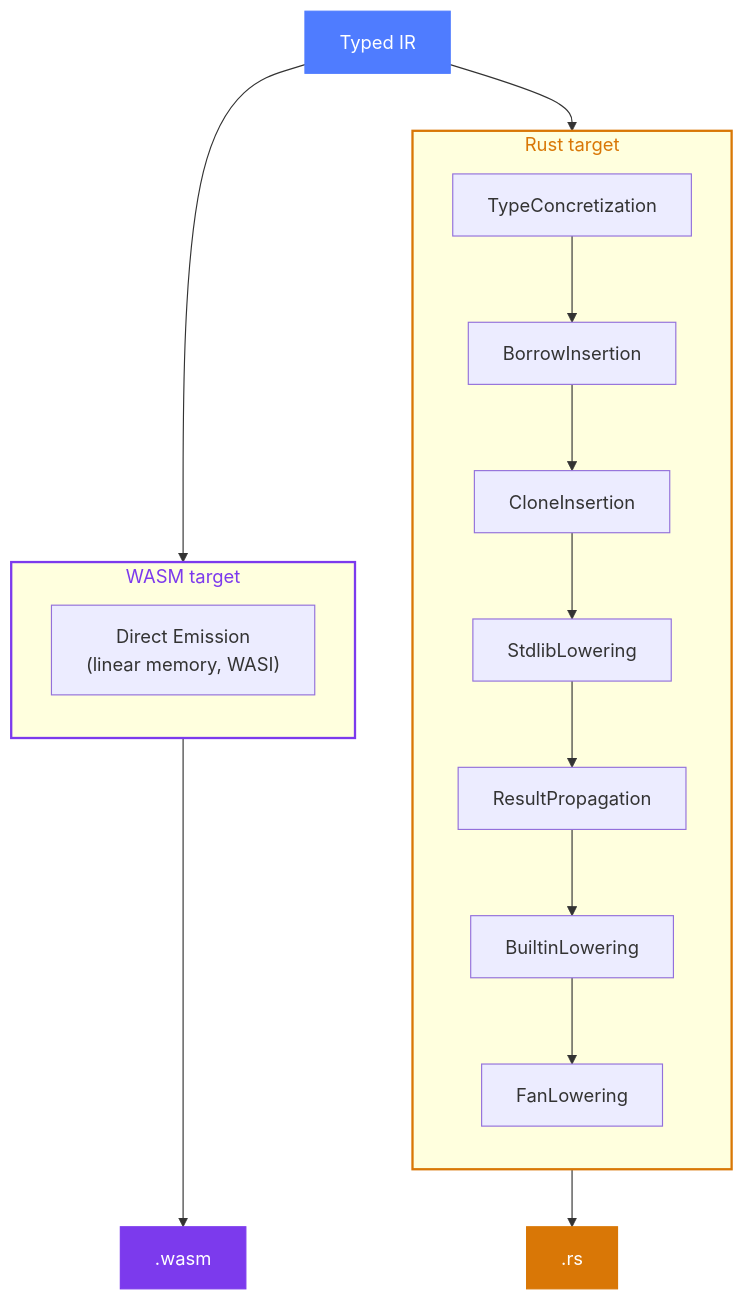
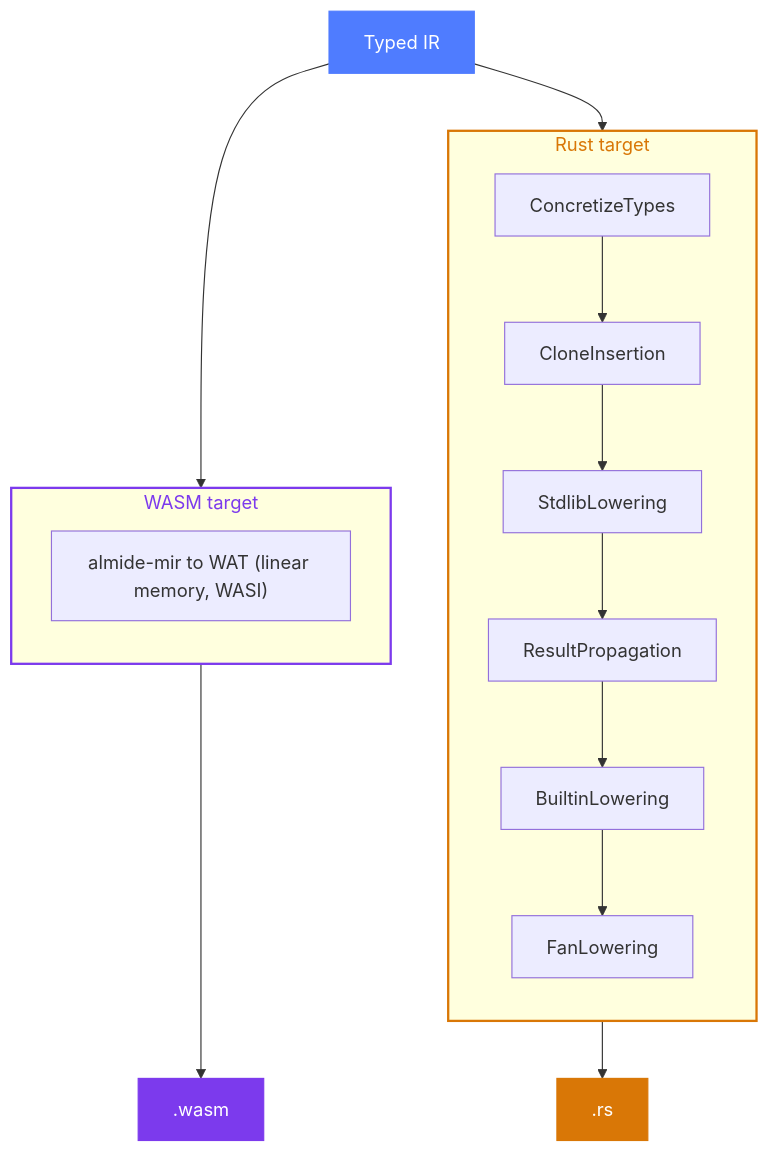
One commit to almide/docs changed the third of 3 diagrams in src/content/docs/design/architecture.mdx. Above: the diagram before and after it, drawn with Mermaid. The commit also changed other lines of this file and 2 other files, not shown here.

Commit message:
mermaid図をブラウザ自動翻訳から保護し、architecture を現状に更新(almide-mir、emit_wasm削除、行数/クレート数/パス数/診断数)

````diff
--- a/src/content/docs/design/architecture.mdx
+++ b/src/content/docs/design/architecture.mdx
@@ -87,30 +86,29 @@
 ```mermaid
 flowchart TD
   IR["Typed IR"]
 
   IR --> TC & WE
 
   subgraph Rust["Rust target"]
     direction TB
-    TC["TypeConcretization"] --> BI["BorrowInsertion"]
-    BI --> CI["CloneInsertion"]
+    TC["ConcretizeTypes"] --> CI["CloneInsertion"]
     CI --> SL["StdlibLowering"]
     SL --> RP["ResultPropagation"]
     RP --> BL["BuiltinLowering"]
     BL --> FL1["FanLowering"]
   end
 
   subgraph WASM["WASM target"]
     direction TB
-    WE["Direct Emission\n(linear memory, WASI)"]
+    WE["almide-mir to WAT (linear memory, WASI)"]
   end
 
   FL1 --> RS[".rs"]
   WE --> WO[".wasm"]
 
   style IR fill:#4f7cff,color:#fff,stroke:#4f7cff
   style RS fill:#d97706,color:#fff,stroke:#d97706
   style WO fill:#7c3aed,color:#fff,stroke:#7c3aed
   style Rust stroke:#d97706,stroke-width:2px,color:#d97706
   style WASM stroke:#7c3aed,stroke-width:2px,color:#7c3aed
 ```
````
